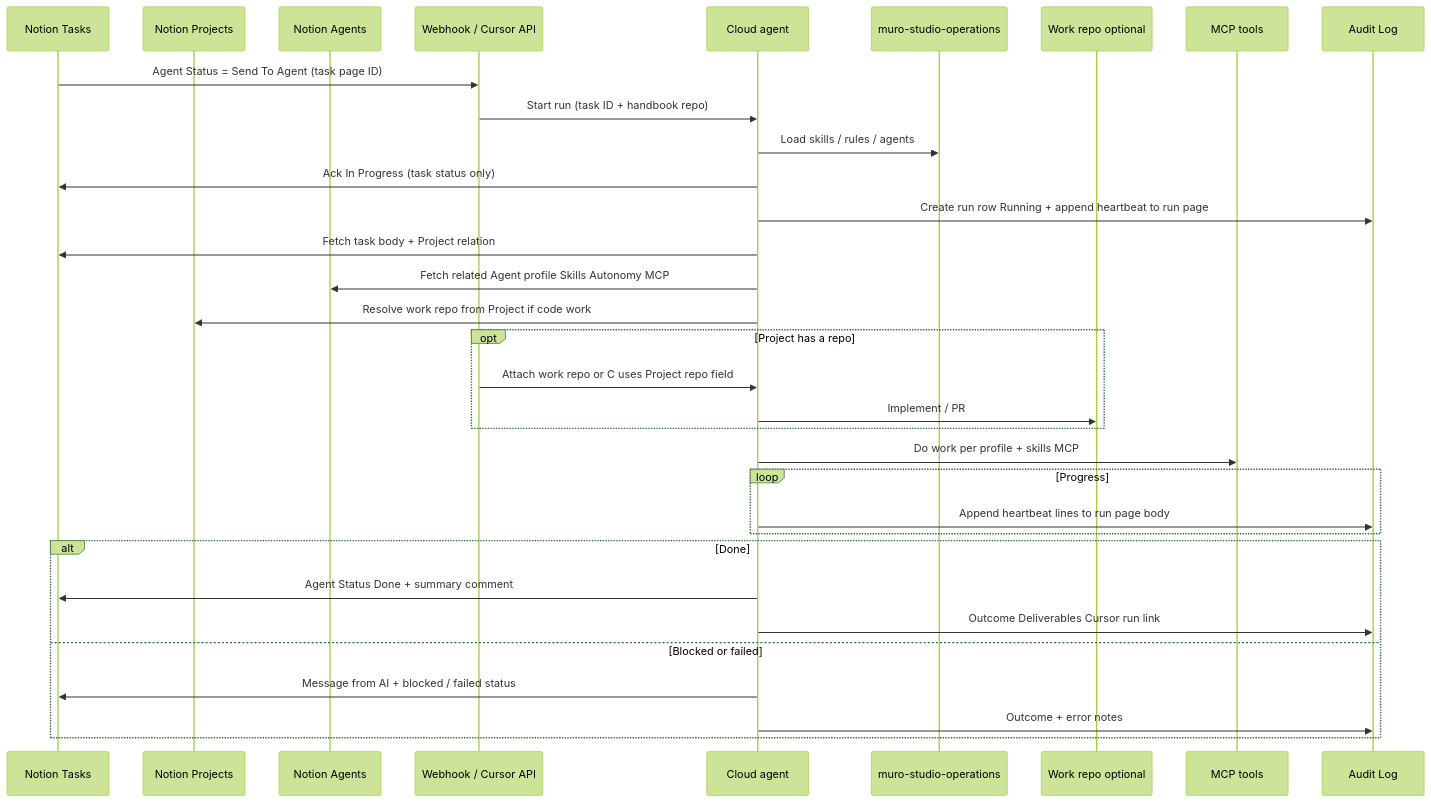
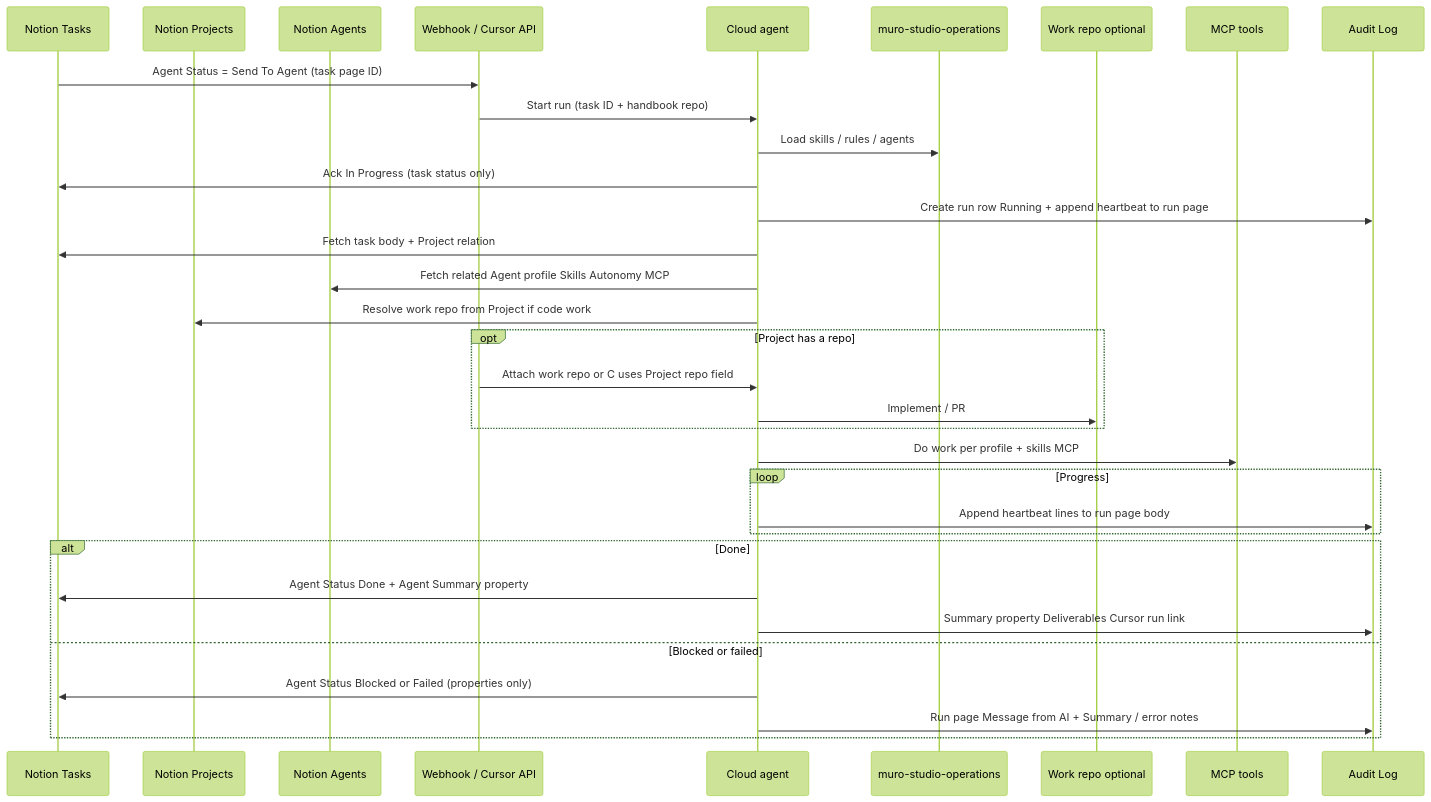
One commit to elimuro/muro-studio-operations changed the diagram in docs/handoff-sequence.md. Above: the diagram before and after it, drawn with Mermaid (forest theme). The commit also changed 8 other files, not shown here.

````diff
--- a/docs/handoff-sequence.md
+++ b/docs/handoff-sequence.md
@@ -5,36 +5,36 @@
 ```mermaid
 sequenceDiagram
   participant N as Notion Tasks
   participant P as Notion Projects
   participant A as Notion Agents
   participant W as Webhook / Cursor API
   participant C as Cloud agent
   participant H as muro-studio-operations
   participant R as Work repo optional
   participant T as MCP tools
   participant L as Audit Log
 
   N->>W: Agent Status = Send To Agent (task page ID)
   W->>C: Start run (task ID + handbook repo)
   C->>H: Load skills / rules / agents
   C->>N: Ack In Progress (task status only)
   C->>L: Create run row Running + append heartbeat to run page
   C->>N: Fetch task body + Project relation
   C->>A: Fetch related Agent profile Skills Autonomy MCP
   C->>P: Resolve work repo from Project if code work
   opt Project has a repo
     W->>C: Attach work repo or C uses Project repo field
     C->>R: Implement / PR
   end
   C->>T: Do work per profile + skills MCP
   loop Progress
     C->>L: Append heartbeat lines to run page body
   end
   alt Done
-    C->>N: Agent Status Done + summary comment
-    C->>L: Outcome Deliverables Cursor run link
+    C->>N: Agent Status Done + Agent Summary property
+    C->>L: Summary property Deliverables Cursor run link
   else Blocked or failed
-    C->>N: Message from AI + blocked / failed status
-    C->>L: Outcome + error notes
+    C->>N: Agent Status Blocked or Failed (properties only)
+    C->>L: Run page Message from AI + Summary / error notes
   end
 ```
````
